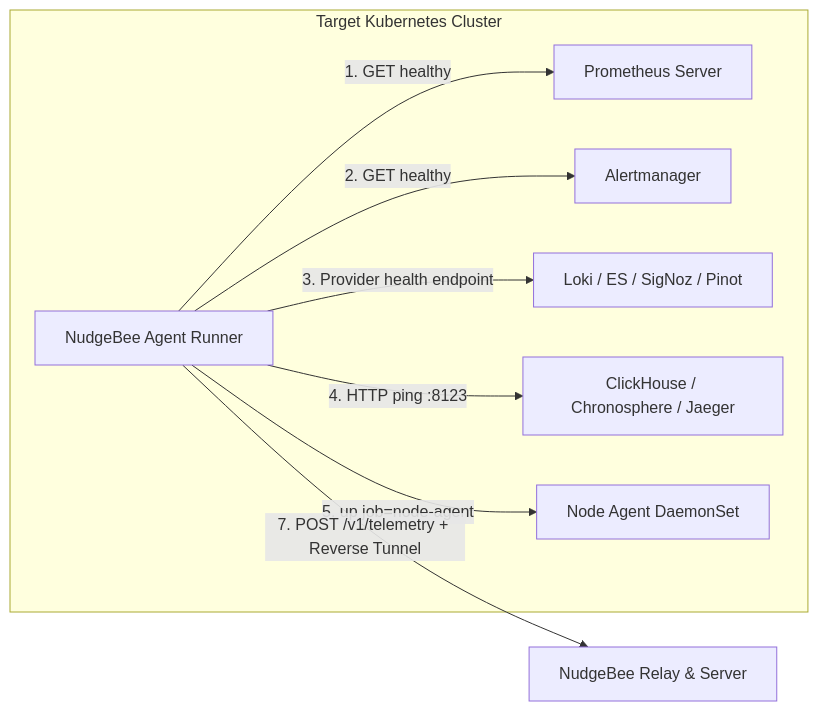
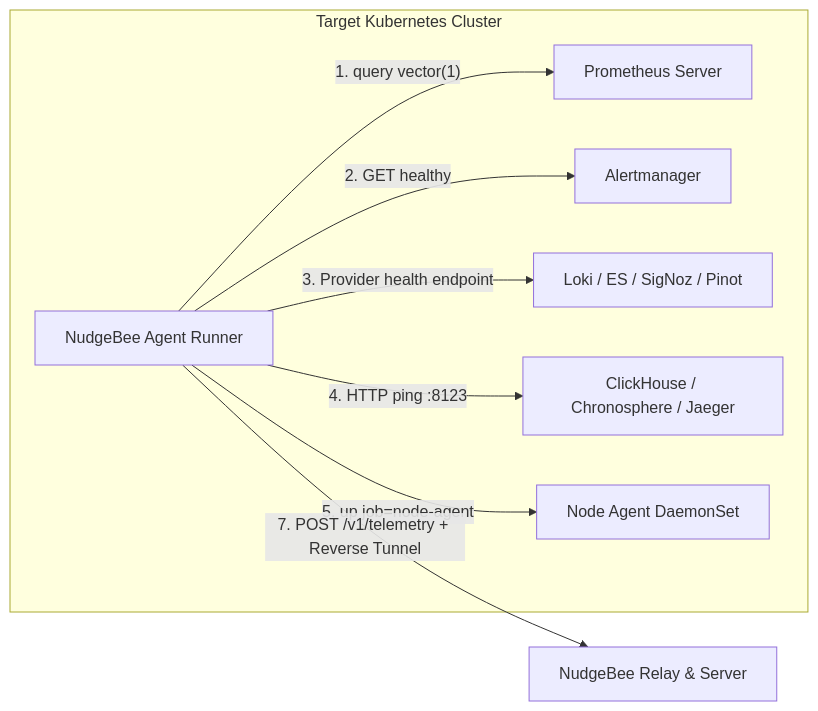
Before and after one commit to nudgebee/nudgebee-docs: the diagram in doc-server/docs/installation/agent/operate/agent-health.md, drawn with Mermaid. The commit also changed other lines of this file and 129 other files, not shown here.

````diff
--- a/doc-server/docs/installation/agent/operate/agent-health.md
+++ b/doc-server/docs/installation/agent/operate/agent-health.md
@@ -35,19 +35,19 @@
 ```mermaid
 graph LR
     subgraph K8s Cluster [Target Kubernetes Cluster]
         Agent[NudgeBee Agent Runner]
         Prom[Prometheus Server]
         AM[Alertmanager]
         Logs[Loki / ES / SigNoz / Pinot]
         Traces[ClickHouse / Chronosphere / Jaeger]
         NodeAgents[Node Agent DaemonSet]
 
-        Agent -->|1. GET healthy| Prom
+        Agent -->|"1. query vector(1)"| Prom
         Agent -->|2. GET healthy| AM
         Agent -->|3. Provider health endpoint| Logs
         Agent -->|4. HTTP ping :8123| Traces
         Agent -->|5. up job=node-agent| NodeAgents
     end
 
     Agent -->|7. POST /v1/telemetry + Reverse Tunnel| Relay[NudgeBee Relay & Server]
 ```
````
